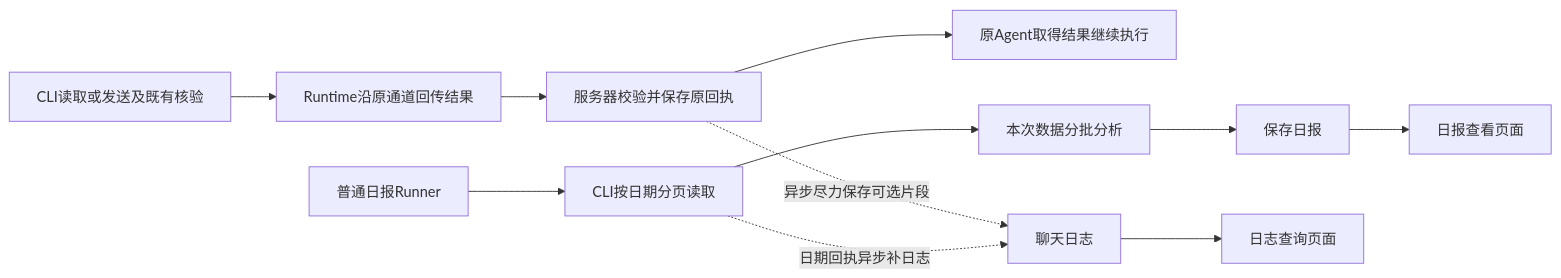
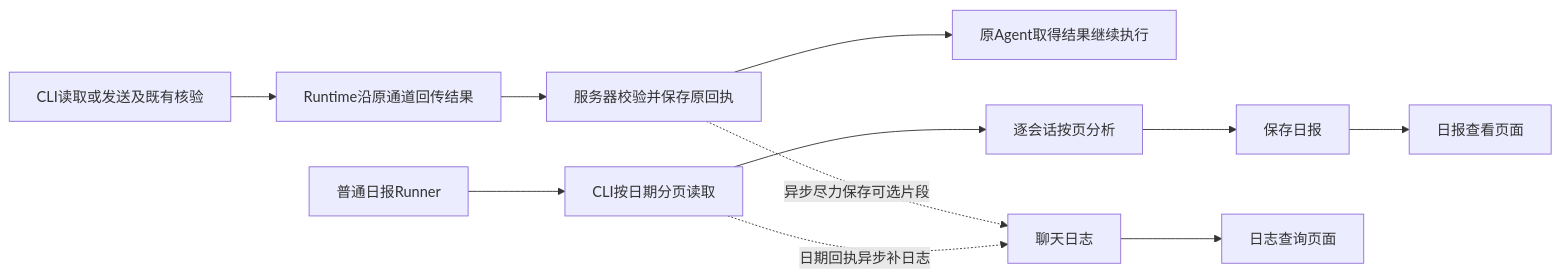
The diagram in docs/design/wecom/wecom-conversation-operations-design.md (ethynic/aid-work-agent), drawn with Mermaid before and after one commit. The commit also changed other lines of this file and 68 other files, not shown here.

````diff
--- a/docs/design/wecom/wecom-conversation-operations-design.md
+++ b/docs/design/wecom/wecom-conversation-operations-design.md
@@ -9,13 +9,13 @@
 ```mermaid
 flowchart LR
     C[CLI读取或发送及既有核验] --> R[Runtime沿原通道回传结果]
     R --> P[服务器校验并保存原回执]
     P --> A[原Agent取得结果继续执行]
     P -.异步尽力保存可选片段.-> L[聊天日志]
     D[普通日报Runner] --> H[CLI按日期分页读取]
-    H --> M[本次数据分批分析]
+    H --> M[逐会话按页分析]
     H -.日期回执异步补日志.-> L
     M --> S[保存日报]
     L --> V[日志查询页面]
     S --> W[日报查看页面]
 ```
````
